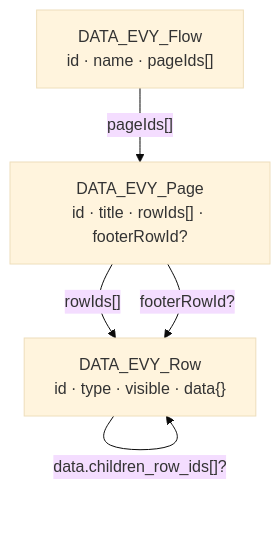
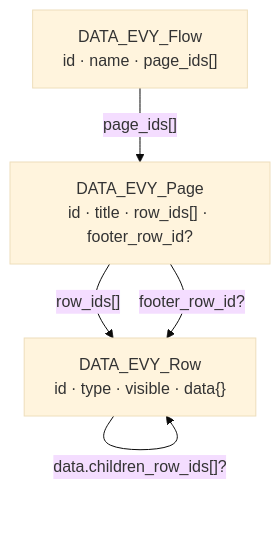
Before and after one commit to EVY-Platform/evy: the first of 3 diagrams in docs/evy/sdui.md, drawn with Mermaid (base theme). The commit also changed other lines of this file and 285 other files, not shown here.

````diff
--- a/docs/evy/sdui.md
+++ b/docs/evy/sdui.md
@@ -321,13 +319,13 @@
 ```mermaid
 flowchart TD
-    F["DATA_EVY_Flow\nid · name · pageIds[]"]
-    P["DATA_EVY_Page\nid · title · rowIds[] · footerRowId?"]
+    F["DATA_EVY_Flow\nid · name · page_ids[]"]
+    P["DATA_EVY_Page\nid · title · row_ids[] · footer_row_id?"]
     R["DATA_EVY_Row\nid · type · visible · data{}"]
 
-    F -- "pageIds[]" --> P
-    P -- "rowIds[]" --> R
-    P -- "footerRowId?" --> R
+    F -- "page_ids[]" --> P
+    P -- "row_ids[]" --> R
+    P -- "footer_row_id?" --> R
     R -- "data.sheet_row_id?" --> R
     R -- "data.child_row_id? (Search)" --> R
     R -- "data.children_row_ids[]?" --> R
 ```
````
